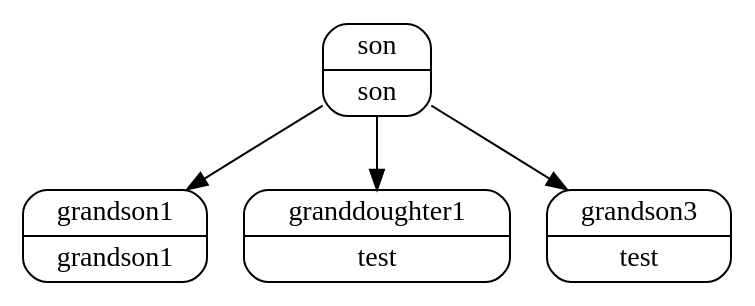
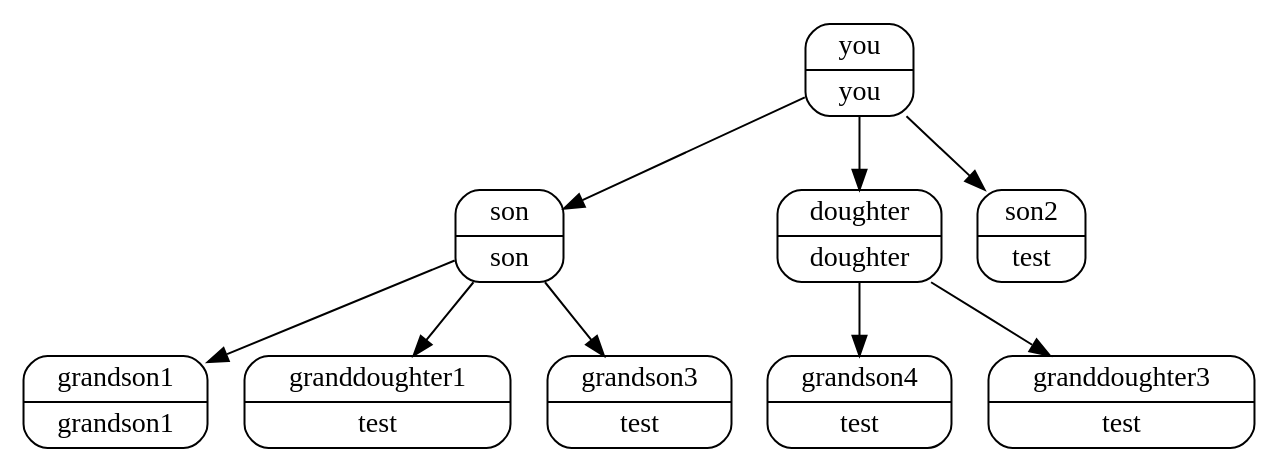
Before and after one commit to matsuihidetoshi/mapgenerator: the diagram in test.dot, drawn with Graphviz. The commit also changed 4 other files, not shown here.

```diff
--- a/test.dot
+++ b/test.dot
@@ -1,9 +1,19 @@
 digraph G {
+  you[shape="Mrecord",label="{you | you}"];
   son[shape="Mrecord",label="{son | son}"];
   grandson1[shape="Mrecord",label="{grandson1 | grandson1}"];
   granddoughter1[shape="Mrecord",label="{granddoughter1 | test}"];
   grandson3[shape="Mrecord",label="{grandson3 | test}"];
+  doughter[shape="Mrecord",label="{doughter | doughter}"];
+  grandson4[shape="Mrecord",label="{grandson4 | test}"];
+  granddoughter3[shape="Mrecord",label="{granddoughter3 | test}"];
+  son2[shape="Mrecord",label="{son2 | test}"];
+  you -> son;
   son -> grandson1;
   son -> granddoughter1;
   son -> grandson3;
+  you -> doughter;
+  doughter -> grandson4;
+  doughter -> granddoughter3;
+  you -> son2;
 }
```
